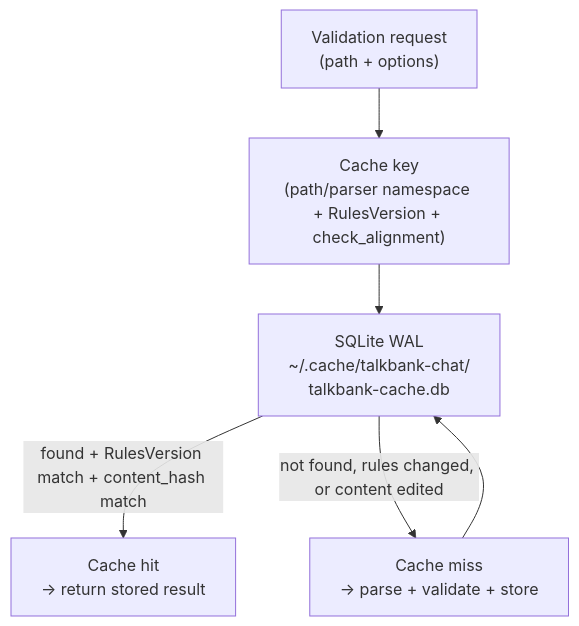
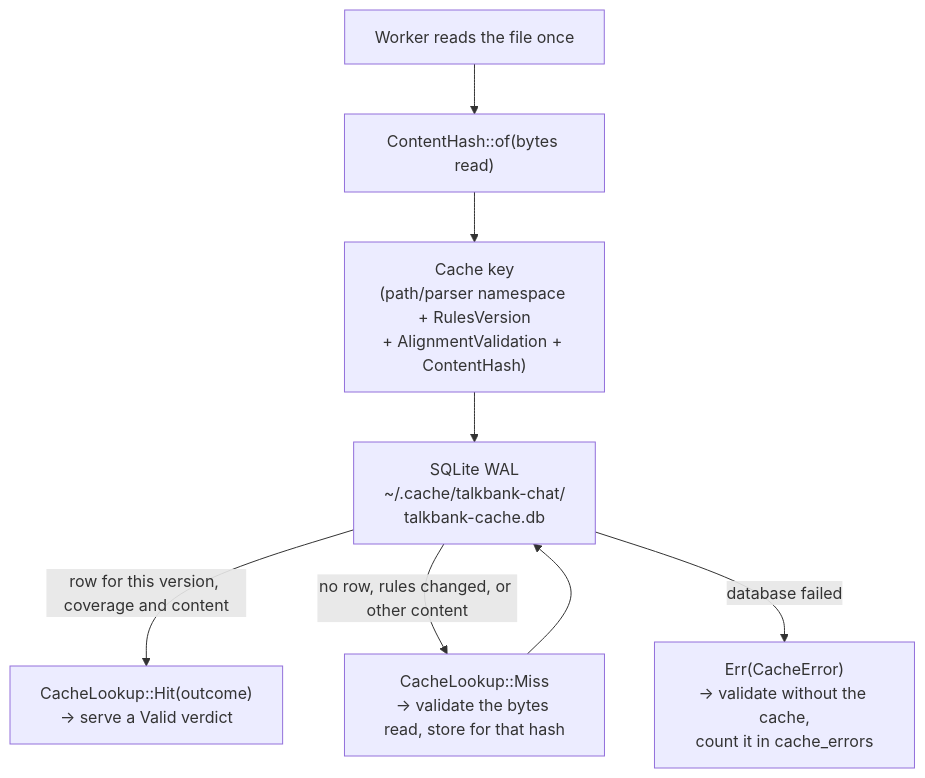
Before and after one commit to TalkBank/chatter: the first of 7 diagrams in book/src/architecture/parser-and-grammar/validation-cache.md, drawn with Mermaid. The commit also changed other lines of this file and 308 other files, not shown here.

````diff
--- a/book/src/architecture/parser-and-grammar/validation-cache.md
+++ b/book/src/architecture/parser-and-grammar/validation-cache.md
@@ -16,13 +16,16 @@
 ```mermaid
 flowchart TD
-    req["Validation request\n(path + options)"]
-    key["Cache key\n(path/parser namespace + RulesVersion + check_alignment)"]
+    read["Worker reads the file once"]
+    hash["ContentHash::of(bytes read)"]
+    key["Cache key\n(path/parser namespace + RulesVersion\n+ AlignmentValidation + ContentHash)"]
     db["SQLite WAL\n~/.cache/talkbank-chat/\ntalkbank-cache.db"]
-    hit["Cache hit\n→ return stored result"]
-    miss["Cache miss\n→ parse + validate + store"]
+    hit["CacheLookup::Hit(outcome)\n→ serve a Valid verdict"]
+    miss["CacheLookup::Miss\n→ validate the bytes read, store for that hash"]
+    err["Err(CacheError)\n→ validate without the cache,\ncount it in cache_errors"]
 
-    req --> key --> db
-    db -->|"found + RulesVersion match + content_hash match"| hit
-    db -->|"not found, rules changed, or content edited"| miss
+    read --> hash --> key --> db
+    db -->|"row for this version, coverage and content"| hit
+    db -->|"no row, rules changed, or other content"| miss
+    db -->|"database failed"| err
     miss --> db
 ```
````
